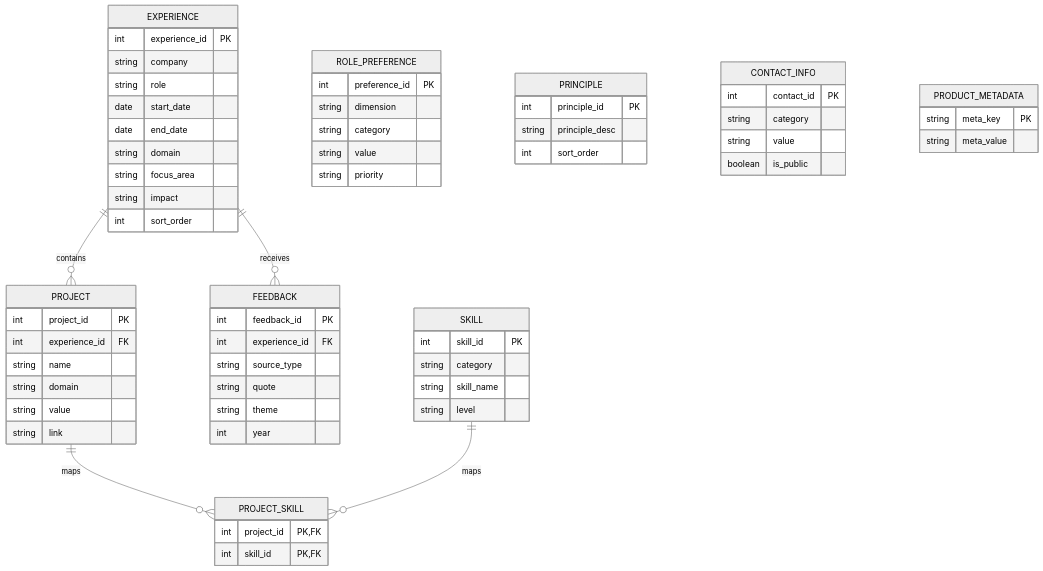
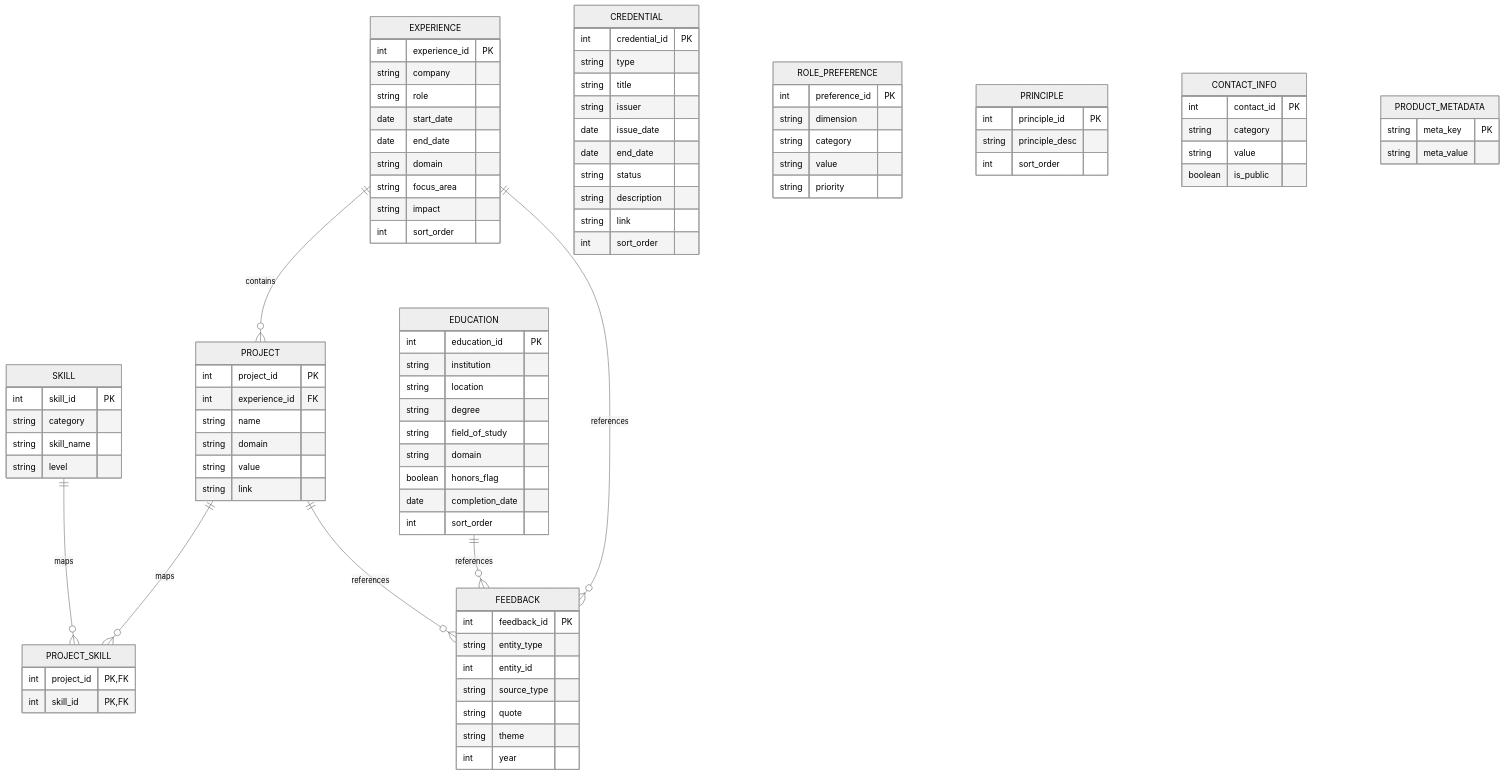
The diagram in documentation/schema.md (AnthonyIlluzzi/Human-Data-Product), drawn with Mermaid before and after one commit. The commit also changed other lines of this file, not shown here.

Commit message:
Update schema.md
Updated markdown tables

````diff
--- a/documentation/schema.md
+++ b/documentation/schema.md
@@ -30,12 +31,16 @@
 %%{init: {'theme':'neutral'}}%%
 erDiagram
   EXPERIENCE ||--o{ PROJECT : contains
-  EXPERIENCE ||--o{ FEEDBACK : receives
   PROJECT ||--o{ PROJECT_SKILL : maps
   SKILL ||--o{ PROJECT_SKILL : maps
 
+  %% Polymorphic feedback (enforced by loader, not DB FK constraints)
+  EXPERIENCE ||--o{ FEEDBACK : references
+  EDUCATION ||--o{ FEEDBACK : references
+  PROJECT ||--o{ FEEDBACK : references
+
   EXPERIENCE {
-    int     experience_id PK
+    int    experience_id PK
     string  company
     string  role
     date    start_date
@@ -43,12 +48,24 @@
     string  domain
     string  focus_area
     string  impact
-    int     sort_order
+    int    sort_order
+  }
+
+  EDUCATION {
+    int    education_id PK
+    string  institution
+    string  location
+    string  degree
+    string  field_of_study
+    string  domain
+    boolean honors_flag
+    date    completion_date
+    int    sort_order
   }
 
   PROJECT {
-    int     project_id PK
-    int     experience_id FK
+    int    project_id PK
+    int    experience_id FK
     string  name
     string  domain
     string  value
@@ -56,28 +73,42 @@
   }
 
   SKILL {
-    int     skill_id PK
+    int    skill_id PK
     string  category
     string  skill_name
     string  level
   }
 
+  CREDENTIAL {
+    int    credential_id PK
+    string  type
+    string  title
+    string  issuer
+    date    issue_date
+    date    end_date
+    string  status
+    string  description
+    string  link
+    int    sort_order
+  }
+
   PROJECT_SKILL {
-    int     project_id PK, FK
-    int     skill_id   PK, FK
+    int    project_id PK, FK
+    int    skill_id  PK, FK
   }
 
   FEEDBACK {
-    int     feedback_id PK
-    int     experience_id FK
+    int    feedback_id PK
+    string  entity_type
+    int    entity_id
     string  source_type
     string  quote
     string  theme
-    int     year
+    int    year
   }
 
   ROLE_PREFERENCE {
-    int     preference_id PK
+    int    preference_id PK
     string  dimension
     string  category
     string  value
@@ -85,13 +116,13 @@
   }
 
   PRINCIPLE {
-    int     principle_id PK
+    int    principle_id PK
     string  principle_desc
-    int     sort_order
+    int    sort_order
   }
 
   CONTACT_INFO {
-    int     contact_id PK
+    int    contact_id PK
     string  category
     string  value
     boolean is_public
@@ -101,4 +132,5 @@
     string  meta_key PK
     string  meta_value
   }
+
 ```
````
